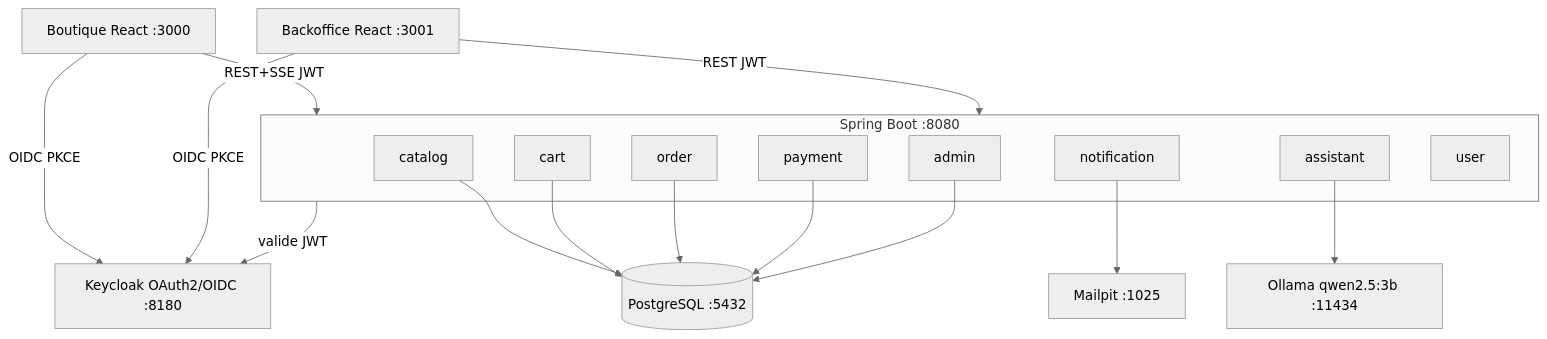
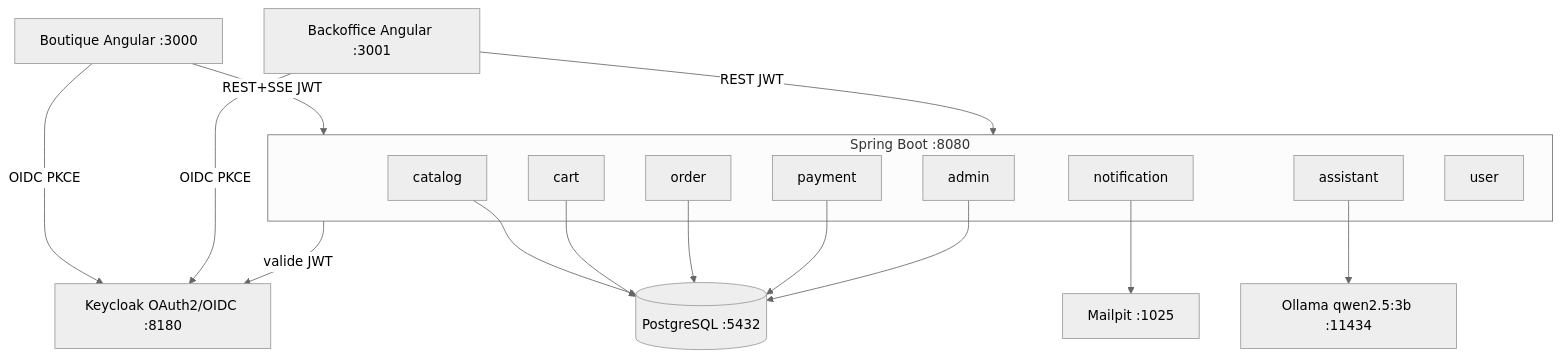
One commit to dbeaumont/macmarket changed the first of 5 diagrams in README.md. Above: the diagram before and after it, drawn with Mermaid (neutral theme). The commit also changed other lines of this file, not shown here.

First line of the commit message:
docs: aligne le README racine sur la stack frontend Angular

````diff
--- a/README.md
+++ b/README.md
@@ -82,35 +82,35 @@
 ```mermaid
 graph TB
-    SHOP["Boutique React :3000"]
-    ADMIN_FE["Backoffice React :3001"]
+    SHOP["Boutique Angular :3000"]
+    ADMIN_FE["Backoffice Angular :3001"]
     KC["Keycloak OAuth2/OIDC :8180"]
 
     subgraph backend["Spring Boot :8080"]
         CAT["catalog"]
         CART["cart"]
         ORD["order"]
         PAY["payment"]
         ADM["admin"]
         NOTIF["notification"]
         ASST["assistant"]
         USR["user"]
     end
 
     PG[("PostgreSQL :5432")]
     OLL["Ollama qwen2.5:3b :11434"]
     MAIL["Mailpit :1025"]
 
     SHOP -- "REST+SSE JWT" --> backend
     ADMIN_FE -- "REST JWT" --> backend
     SHOP -- "OIDC PKCE" --> KC
     ADMIN_FE -- "OIDC PKCE" --> KC
     backend -- "valide JWT" --> KC
 
     CAT --> PG
     CART --> PG
     ORD --> PG
     PAY --> PG
     ADM --> PG
     ASST --> OLL
     NOTIF --> MAIL
 ```
````
